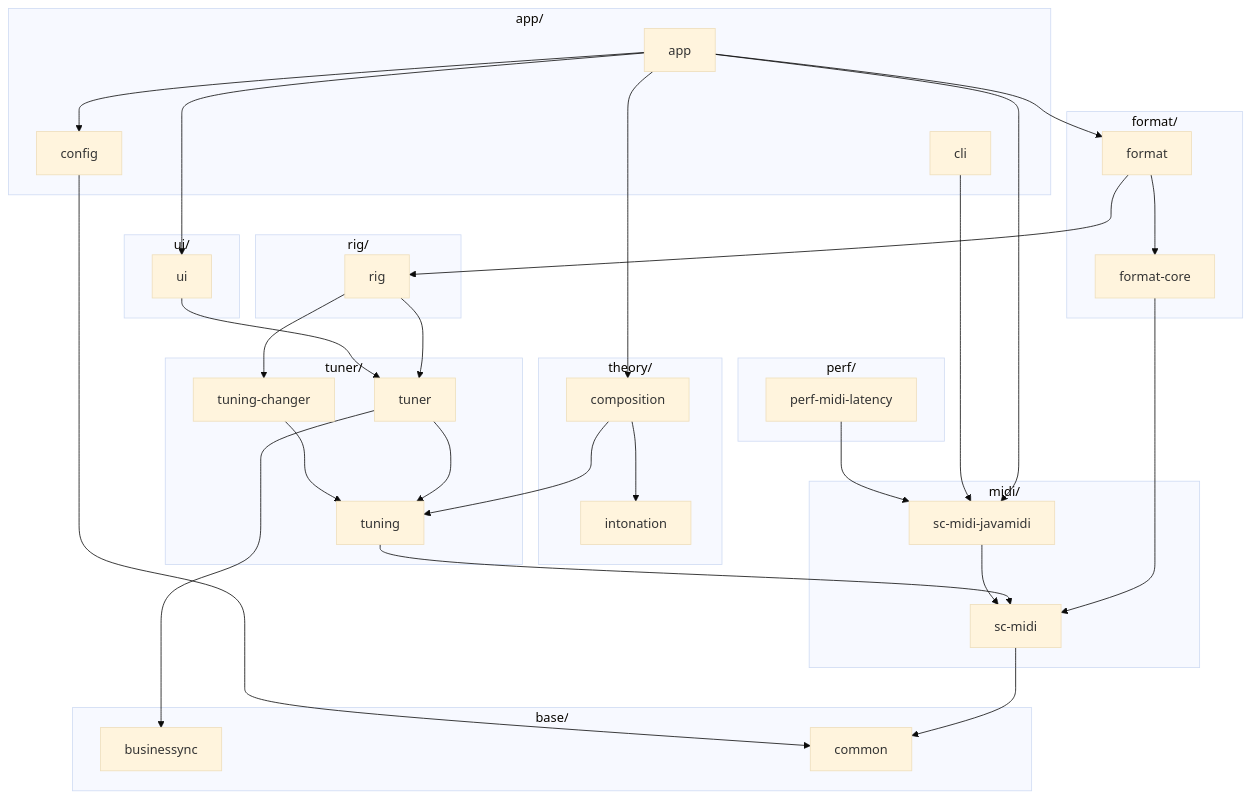
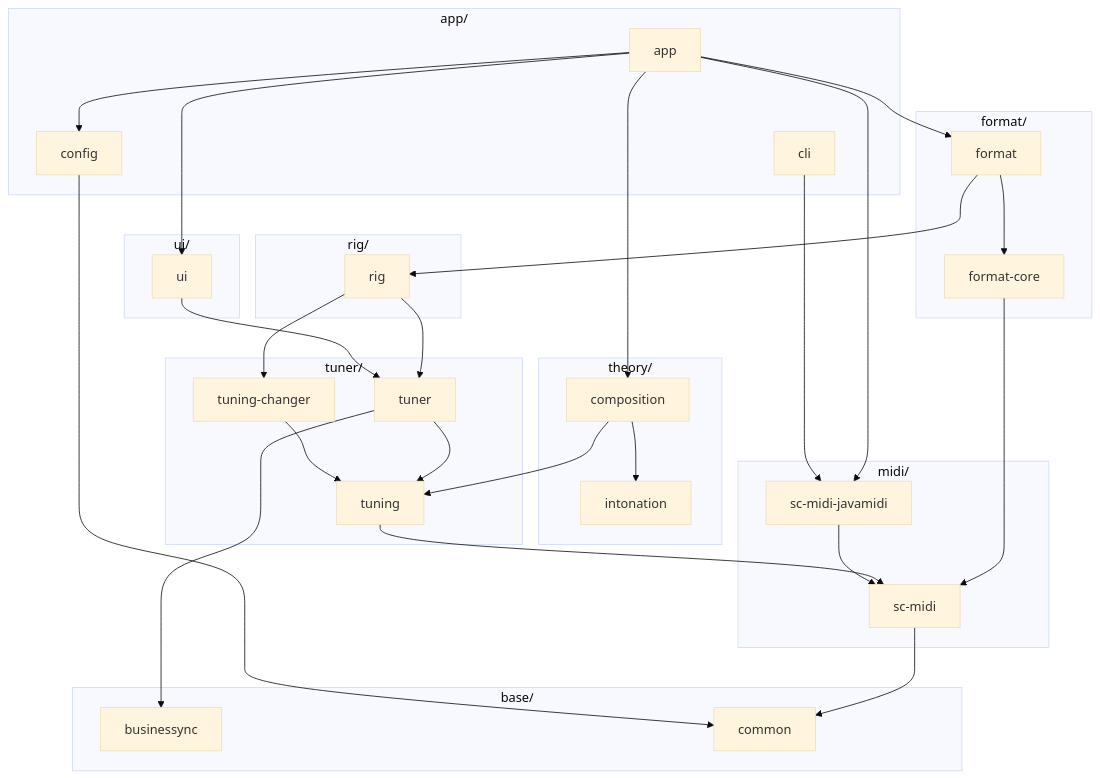
One commit to calinburloiu/microtonalist changed the diagram in docs/architecture/module-overview.md. Above: the diagram before and after it, drawn with Mermaid (base theme). The commit also changed other lines of this file and 31 other files, not shown here.

````diff
--- a/docs/architecture/module-overview.md
+++ b/docs/architecture/module-overview.md
@@ -52,52 +53,48 @@
 ```mermaid
 flowchart TD
   subgraph appGroup ["app/"]
     app
     config
     cli
-  end
-  subgraph perfGroup ["perf/"]
-    perfMidiLatency["perf-midi-latency"]
   end
   subgraph uiGroup ["ui/"]
     ui
   end
   subgraph formatGroup ["format/"]
     format
     formatCore["format-core"]
   end
   subgraph rigGroup ["rig/"]
     rig
   end
   subgraph theoryGroup ["theory/"]
     composition
     intonation
   end
   subgraph tunerGroup ["tuner/"]
     tuner
     tuningChanger["tuning-changer"]
     tuning
   end
   subgraph midiGroup ["midi/"]
     scMidiJavamidi["sc-midi-javamidi"]
     scMidi["sc-midi"]
   end
   subgraph baseGroup ["base/"]
     businessync
     common
   end
   app --> config & ui & format & composition & scMidiJavamidi
   format --> formatCore & rig
   formatCore --> scMidi
   composition --> intonation & tuning
   rig --> tuner & tuningChanger
   ui --> tuner
   tuner --> tuning & businessync
   tuningChanger --> tuning
   tuning --> scMidi
   cli --> scMidiJavamidi
-  perfMidiLatency --> scMidiJavamidi
   scMidiJavamidi --> scMidi
   scMidi --> common
   config --> common
 ```
````
